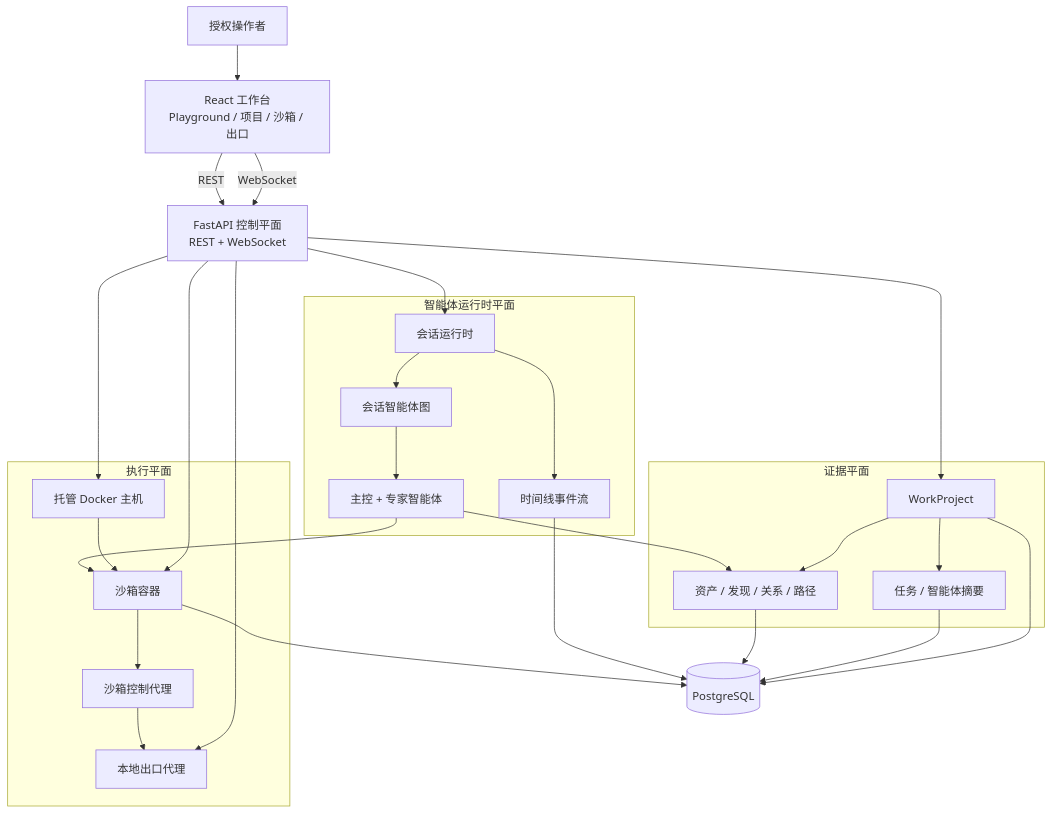
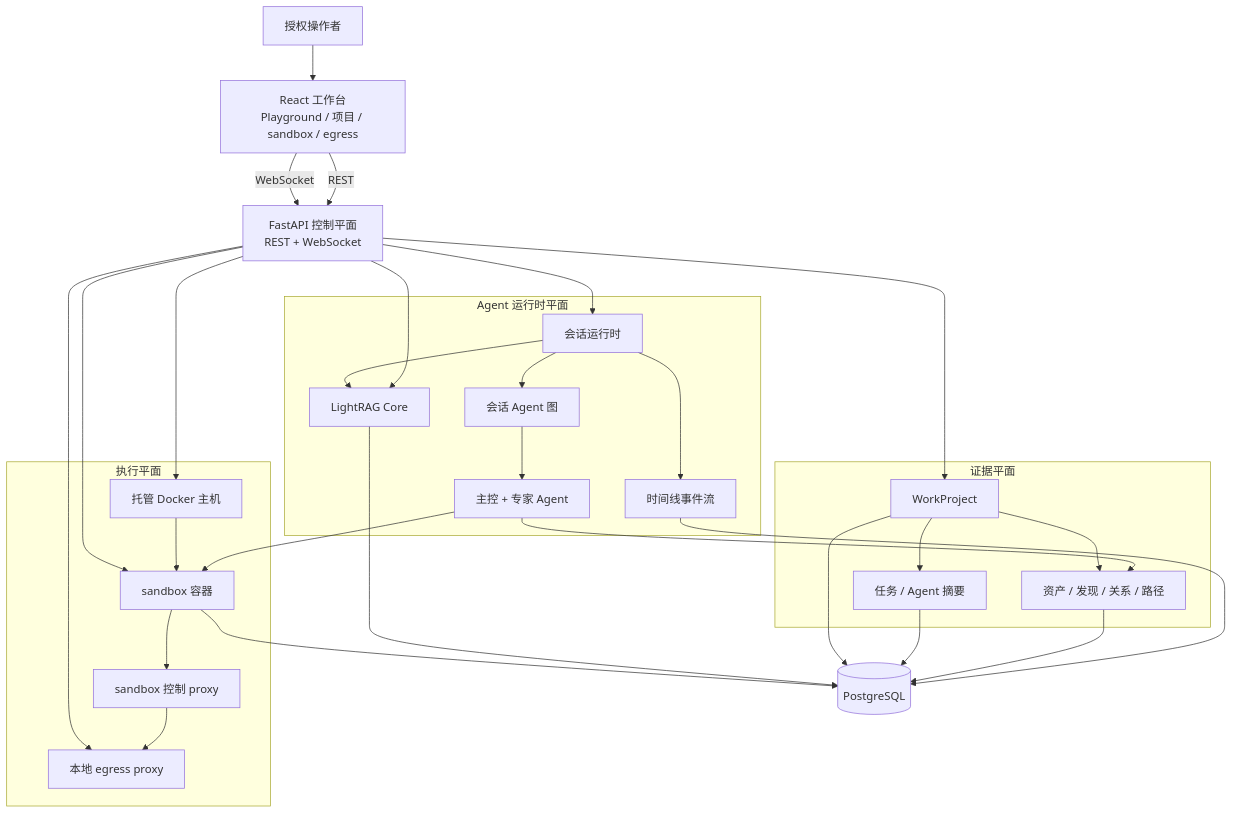
One commit to MolTau9527/Z3r0 changed the first of 4 diagrams in README_zh.md. Above: the diagram before and after it, drawn with Mermaid. The commit also changed other lines of this file and 99 other files, not shown here.

Commit message:
feat: Add LightRAG knowledge management and contextual retrieval

````diff
--- a/README_zh.md
+++ b/README_zh.md
@@ -41,48 +41,52 @@
 ```mermaid
 flowchart TB
   Operator["授权操作者"]
-  Workbench["React 工作台<br/>Playground / 项目 / 沙箱 / 出口"]
+  Workbench["React 工作台<br/>Playground / 项目 / sandbox / egress"]
   API["FastAPI 控制平面<br/>REST + WebSocket"]
 
-  subgraph Runtime["智能体运行时平面"]
+  subgraph Runtime["Agent 运行时平面"]
     Session["会话运行时"]
-    Graph["会话智能体图"]
-    Team["主控 + 专家智能体"]
+    Graph["会话 Agent 图"]
+    Team["主控 + 专家 Agent"]
+    RAG["LightRAG Core"]
     Timeline["时间线事件流"]
   end
 
   subgraph Evidence["证据平面"]
     Project["WorkProject"]
     Records["资产 / 发现 / 关系 / 路径"]
-    Tasks["任务 / 智能体摘要"]
+    Tasks["任务 / Agent 摘要"]
   end
 
   subgraph Execution["执行平面"]
     Hosts["托管 Docker 主机"]
-    Containers["沙箱容器"]
-    ControlProxy["沙箱控制代理"]
-    Egress["本地出口代理"]
+    Containers["sandbox 容器"]
+    ControlProxy["sandbox 控制 proxy"]
+    Egress["本地 egress proxy"]
   end
 
   Store[("PostgreSQL")]
 
   Operator --> Workbench
   Workbench -->|REST| API
   Workbench -->|WebSocket| API
   API --> Session --> Graph --> Team
+  API --> RAG
+  Session --> RAG
   Team --> Records
   Team --> Containers
   Session --> Timeline
   Project --> Records
   Project --> Tasks
   Hosts --> Containers --> ControlProxy --> Egress
   API --> Project
   API --> Hosts
   API --> Containers
   API --> Egress
   Timeline --> Store
   Records --> Store
   Tasks --> Store
   Project --> Store
   Containers --> Store
+  RAG --> Store
 ```
````
